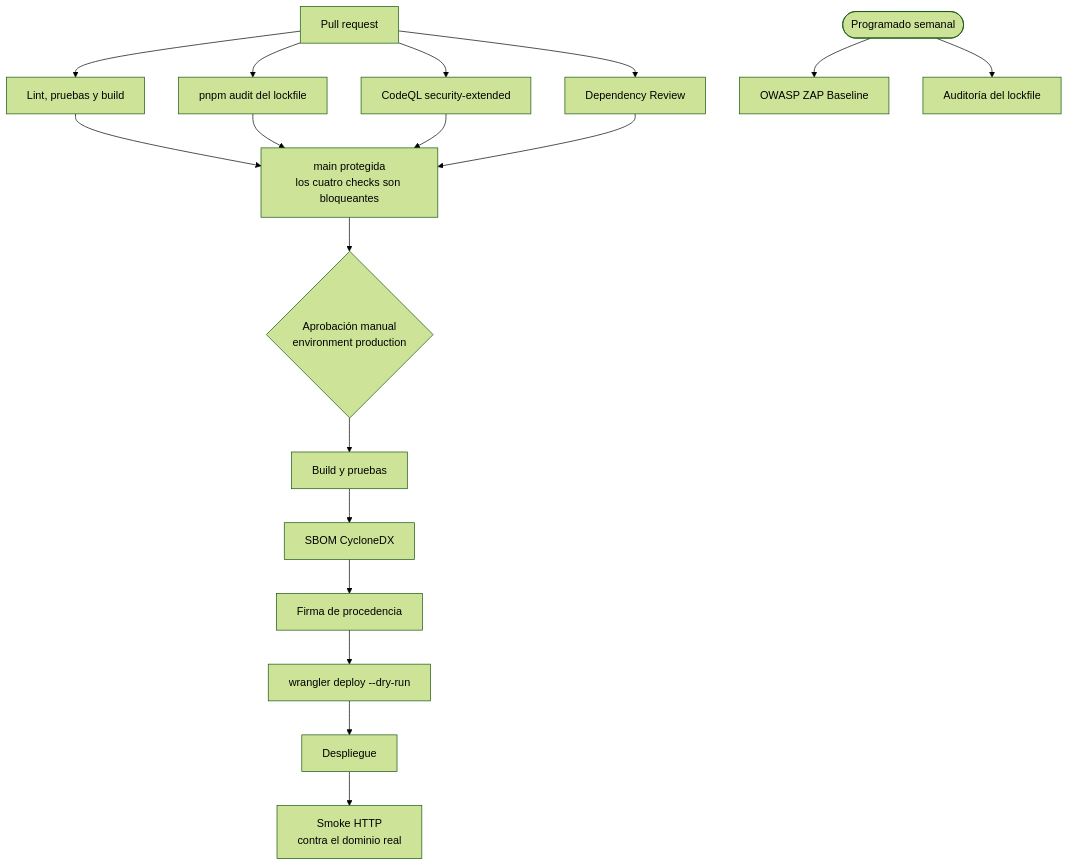
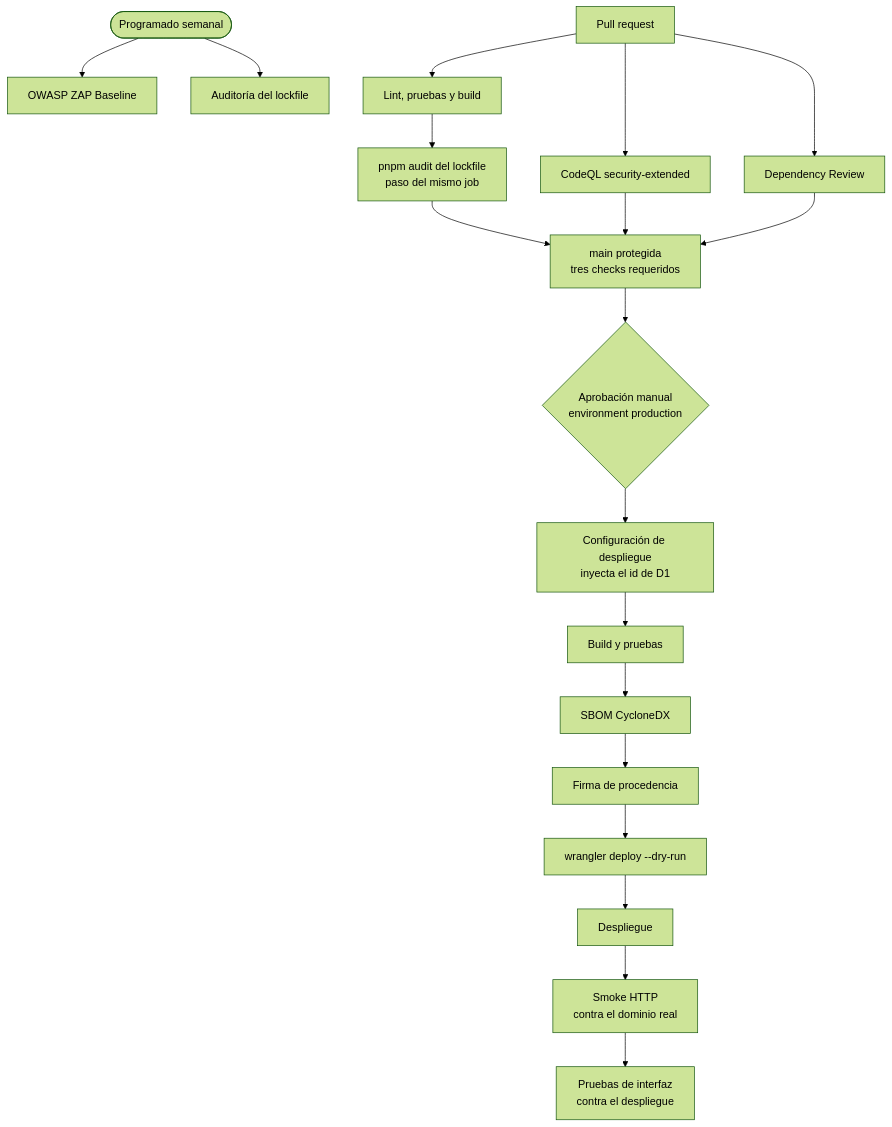
Before and after one commit to ygallardops/conoce-tu-enfermero-demo: the second of 2 diagrams in README.md, drawn with Mermaid (forest theme). The commit also changed other lines of this file, not shown here.

````diff
--- a/README.md
+++ b/README.md
@@ -67,20 +70,21 @@
 ```mermaid
 flowchart TD
     PR["Pull request"] --> Q["Lint, pruebas y build"]
-    PR --> A["pnpm audit del lockfile"]
     PR --> S["CodeQL security-extended"]
     PR --> R["Dependency Review"]
-    Q --> M["main protegida<br/>los cuatro checks son bloqueantes"]
-    A --> M
+    Q --> A["pnpm audit del lockfile<br/>paso del mismo job"]
+    A --> M["main protegida<br/>tres checks requeridos"]
     S --> M
     R --> M
     M --> AP{"Aprobación manual<br/>environment production"}
-    AP --> B["Build y pruebas"]
+    AP --> CFG["Configuración de despliegue<br/>inyecta el id de D1"]
+    CFG --> B["Build y pruebas"]
     B --> SB["SBOM CycloneDX"]
     SB --> FP["Firma de procedencia"]
     FP --> DR["wrangler deploy --dry-run"]
     DR --> DP["Despliegue"]
     DP --> SM["Smoke HTTP<br/>contra el dominio real"]
+    SM --> UI["Pruebas de interfaz<br/>contra el despliegue"]
     W(["Programado semanal"]) --> ZAP["OWASP ZAP Baseline"]
     W --> AU["Auditoría del lockfile"]
 ```
````
